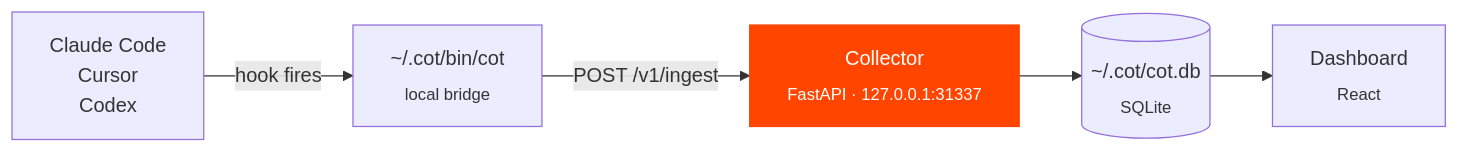
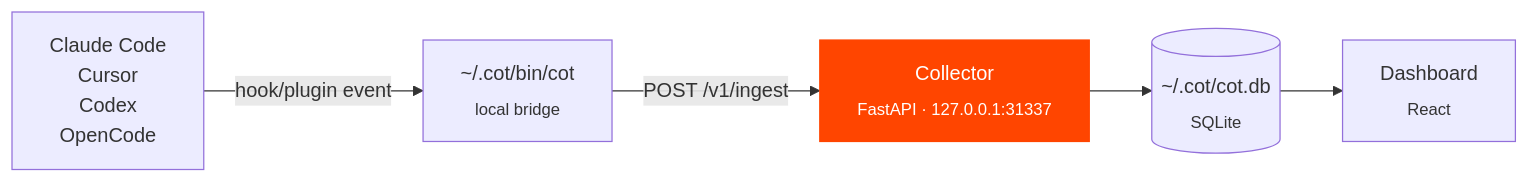
Before and after one commit to cot-intelligence/cot: the diagram in README.md, drawn with Mermaid. The commit also changed other lines of this file and 25 other files, not shown here.

Commit message:
feat: add OpenCode support (#32)

````diff
--- a/README.md
+++ b/README.md
@@ -58,9 +65,9 @@
 ```mermaid
 flowchart LR
-    A["Claude Code<br/>Cursor<br/>Codex"] -- hook fires --> B["~/.cot/bin/cot<br/><sub>local bridge</sub>"]
+    A["Claude Code<br/>Cursor<br/>Codex<br/>OpenCode"] -- hook/plugin event --> B["~/.cot/bin/cot<br/><sub>local bridge</sub>"]
     B -- "POST /v1/ingest" --> C["Collector<br/><sub>FastAPI · 127.0.0.1:31337</sub>"]
     C --> D[("~/.cot/cot.db<br/><sub>SQLite</sub>")]
     D --> E["Dashboard<br/><sub>React</sub>"]
 
     style C fill:#FF4500,stroke:#FF4500,color:#fff
 ```
````
